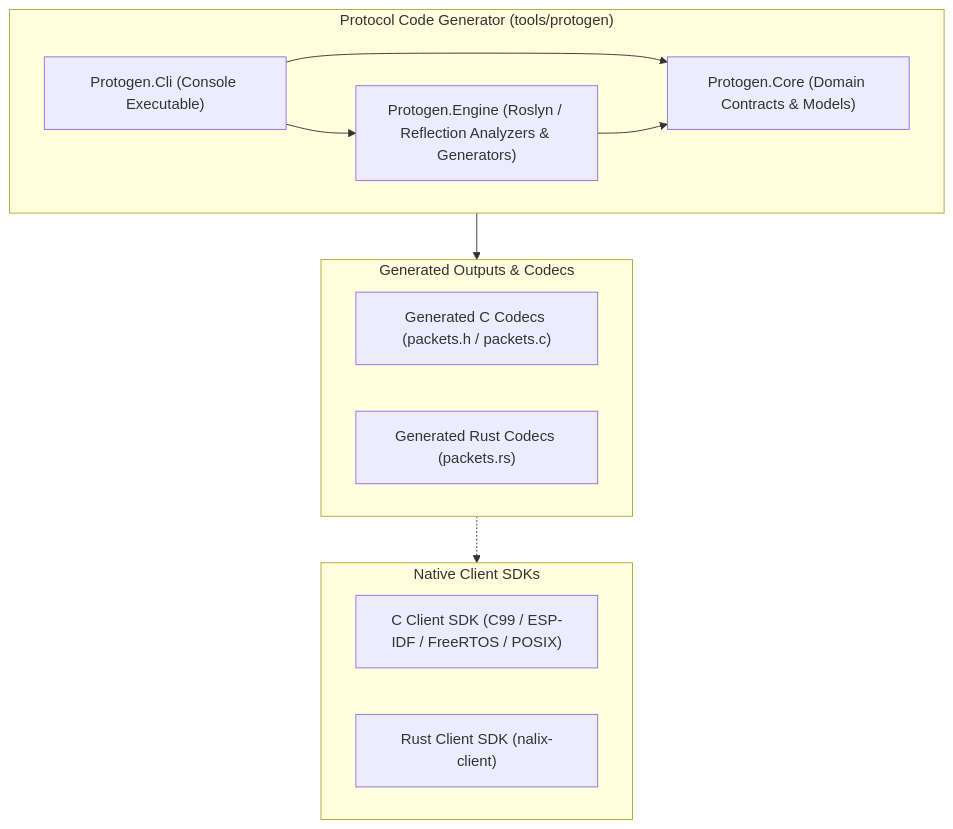
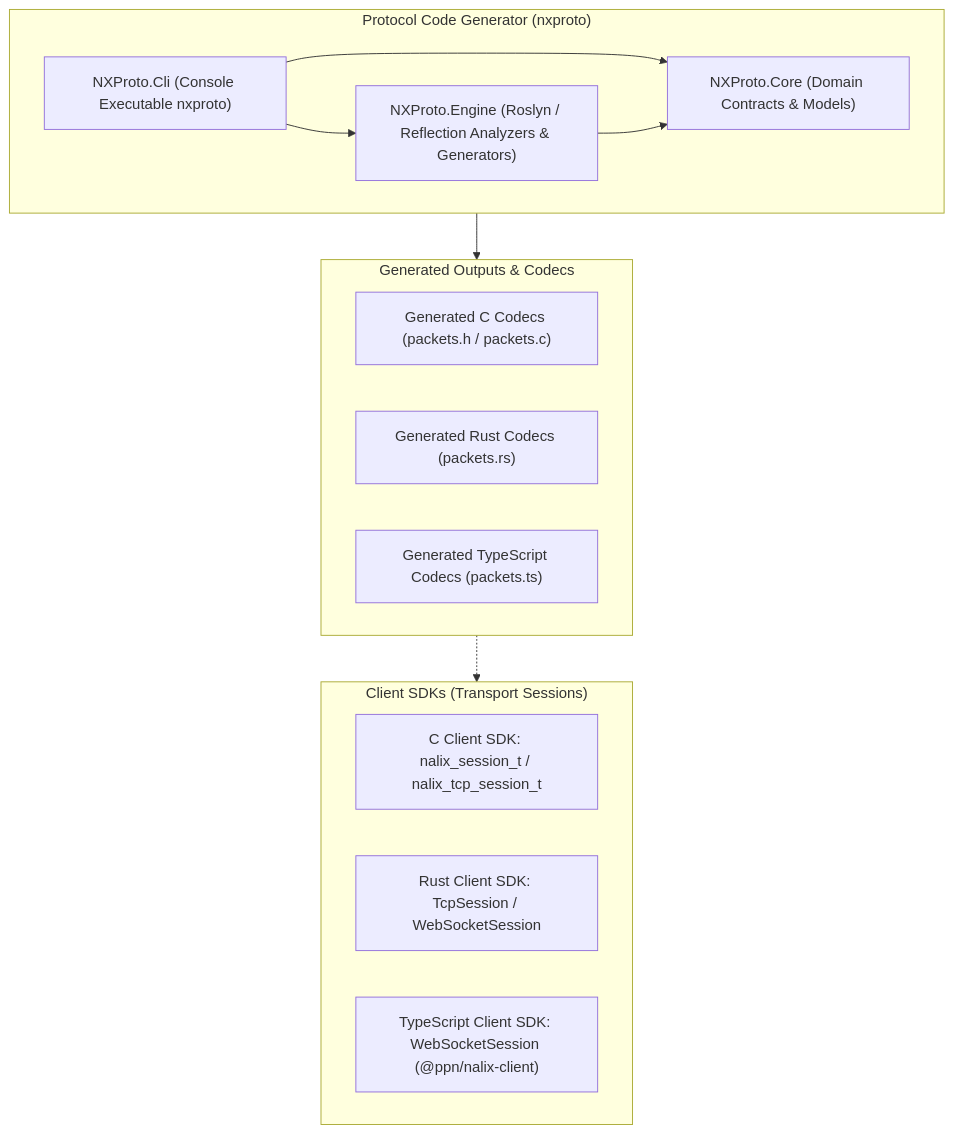
One commit to ppn-systems/nalix-native changed the first of 3 diagrams in docs/ARCHITECTURE.md. Above: the diagram before and after it, drawn with Mermaid. The commit also changed other lines of this file and 137 other files, not shown here.

First line of the commit message:
feat(clients): add TypeScript Web SDK and adopt Session-centric architecture matching Nalix C# (#4)

````diff
--- a/docs/ARCHITECTURE.md
+++ b/docs/ARCHITECTURE.md
@@ -11,24 +11,26 @@
 ```mermaid
 graph TD
-    subgraph Clients ["Native Client SDKs"]
-        ClientC["C Client SDK (C99 / ESP-IDF / FreeRTOS / POSIX)"]
-        ClientRust["Rust Client SDK (nalix-client)"]
+    subgraph Clients ["Client SDKs (Transport Sessions)"]
+        ClientC["C Client SDK: nalix_session_t / nalix_tcp_session_t"]
+        ClientRust["Rust Client SDK: TcpSession / WebSocketSession"]
+        ClientTS["TypeScript Client SDK: WebSocketSession (@ppn/nalix-client)"]
     end
 
-    subgraph Tooling ["Protocol Code Generator (tools/protogen)"]
-        CLI["Protogen.Cli (Console Executable)"]
-        Core["Protogen.Core (Domain Contracts & Models)"]
-        Engine["Protogen.Engine (Roslyn / Reflection Analyzers & Generators)"]
+    subgraph Tooling ["Protocol Code Generator (nxproto)"]
+        CLI["NXProto.Cli (Console Executable nxproto)"]
+        Core["NXProto.Core (Domain Contracts & Models)"]
+        Engine["NXProto.Engine (Roslyn / Reflection Analyzers & Generators)"]
         CLI --> Core
         CLI --> Engine
         Engine --> Core
     end
 
     subgraph Outputs ["Generated Outputs & Codecs"]
         CCodecs["Generated C Codecs (packets.h / packets.c)"]
         RustCodecs["Generated Rust Codecs (packets.rs)"]
+        TSCodecs["Generated TypeScript Codecs (packets.ts)"]
     end
 
     Tooling --> Outputs
     Outputs -.-> Clients
 ```
````
